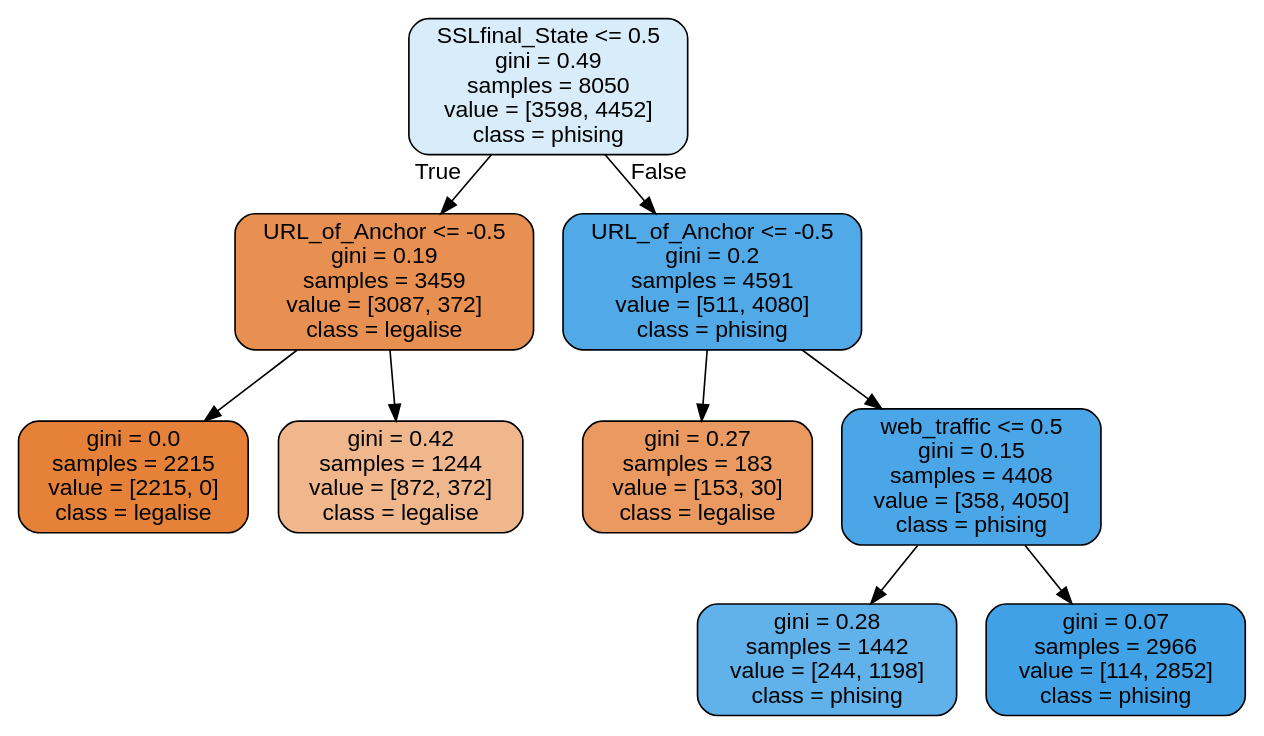
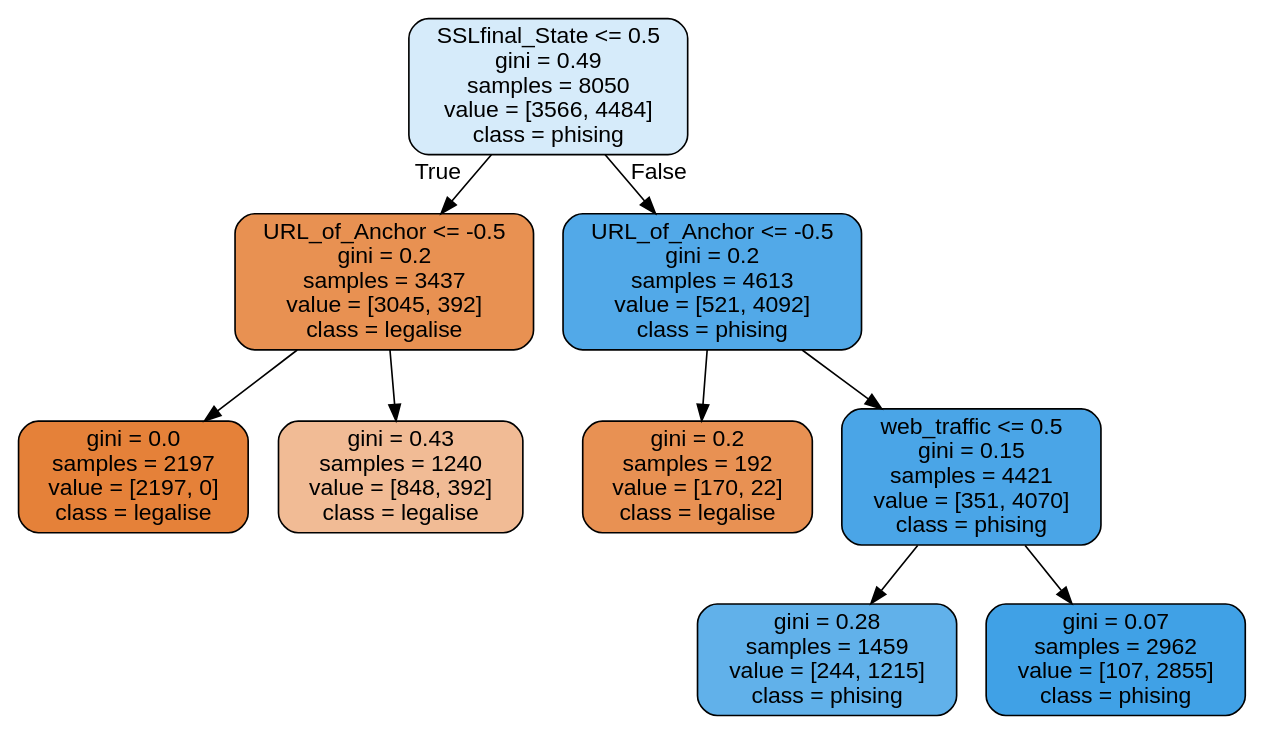
The diagram in Methods/Methods_3_DecisionTree/tree.dot (Yooru6/Machine-Learning-Group-Assignments), drawn with Graphviz before and after one commit. The commit also changed 3 other files, not shown here.

```diff
--- a/Methods/Methods_3_DecisionTree/tree.dot
+++ b/Methods/Methods_3_DecisionTree/tree.dot
@@ -1,21 +1,21 @@
 digraph Tree {
 node [shape=box, style="filled, rounded", color="black", fontname=helvetica] ;
 edge [fontname=helvetica] ;
-0 [label="SSLfinal_State <= 0.5\ngini = 0.49\nsamples = 8050\nvalue = [3598, 4452]\nclass = phising", fillcolor="#d9ecfa"] ;
-1 [label="URL_of_Anchor <= -0.5\ngini = 0.19\nsamples = 3459\nvalue = [3087, 372]\nclass = legalise", fillcolor="#e89051"] ;
+0 [label="SSLfinal_State <= 0.5\ngini = 0.49\nsamples = 8050\nvalue = [3566, 4484]\nclass = phising", fillcolor="#d6ebfa"] ;
+1 [label="URL_of_Anchor <= -0.5\ngini = 0.2\nsamples = 3437\nvalue = [3045, 392]\nclass = legalise", fillcolor="#e89152"] ;
 0 -> 1 [labeldistance=2.5, labelangle=45, headlabel="True"] ;
-2 [label="gini = 0.0\nsamples = 2215\nvalue = [2215, 0]\nclass = legalise", fillcolor="#e58139"] ;
+2 [label="gini = 0.0\nsamples = 2197\nvalue = [2197, 0]\nclass = legalise", fillcolor="#e58139"] ;
 1 -> 2 ;
-3 [label="gini = 0.42\nsamples = 1244\nvalue = [872, 372]\nclass = legalise", fillcolor="#f0b78d"] ;
+3 [label="gini = 0.43\nsamples = 1240\nvalue = [848, 392]\nclass = legalise", fillcolor="#f1bb95"] ;
 1 -> 3 ;
-4 [label="URL_of_Anchor <= -0.5\ngini = 0.2\nsamples = 4591\nvalue = [511, 4080]\nclass = phising", fillcolor="#52a9e8"] ;
+4 [label="URL_of_Anchor <= -0.5\ngini = 0.2\nsamples = 4613\nvalue = [521, 4092]\nclass = phising", fillcolor="#52a9e8"] ;
 0 -> 4 [labeldistance=2.5, labelangle=-45, headlabel="False"] ;
-5 [label="gini = 0.27\nsamples = 183\nvalue = [153, 30]\nclass = legalise", fillcolor="#ea9a60"] ;
+5 [label="gini = 0.2\nsamples = 192\nvalue = [170, 22]\nclass = legalise", fillcolor="#e89153"] ;
 4 -> 5 ;
-6 [label="web_traffic <= 0.5\ngini = 0.15\nsamples = 4408\nvalue = [358, 4050]\nclass = phising", fillcolor="#4ba6e7"] ;
+6 [label="web_traffic <= 0.5\ngini = 0.15\nsamples = 4421\nvalue = [351, 4070]\nclass = phising", fillcolor="#4aa5e7"] ;
 4 -> 6 ;
-7 [label="gini = 0.28\nsamples = 1442\nvalue = [244, 1198]\nclass = phising", fillcolor="#61b1ea"] ;
+7 [label="gini = 0.28\nsamples = 1459\nvalue = [244, 1215]\nclass = phising", fillcolor="#61b1ea"] ;
 6 -> 7 ;
-8 [label="gini = 0.07\nsamples = 2966\nvalue = [114, 2852]\nclass = phising", fillcolor="#41a1e6"] ;
+8 [label="gini = 0.07\nsamples = 2962\nvalue = [107, 2855]\nclass = phising", fillcolor="#40a1e6"] ;
 6 -> 8 ;
 }
```
